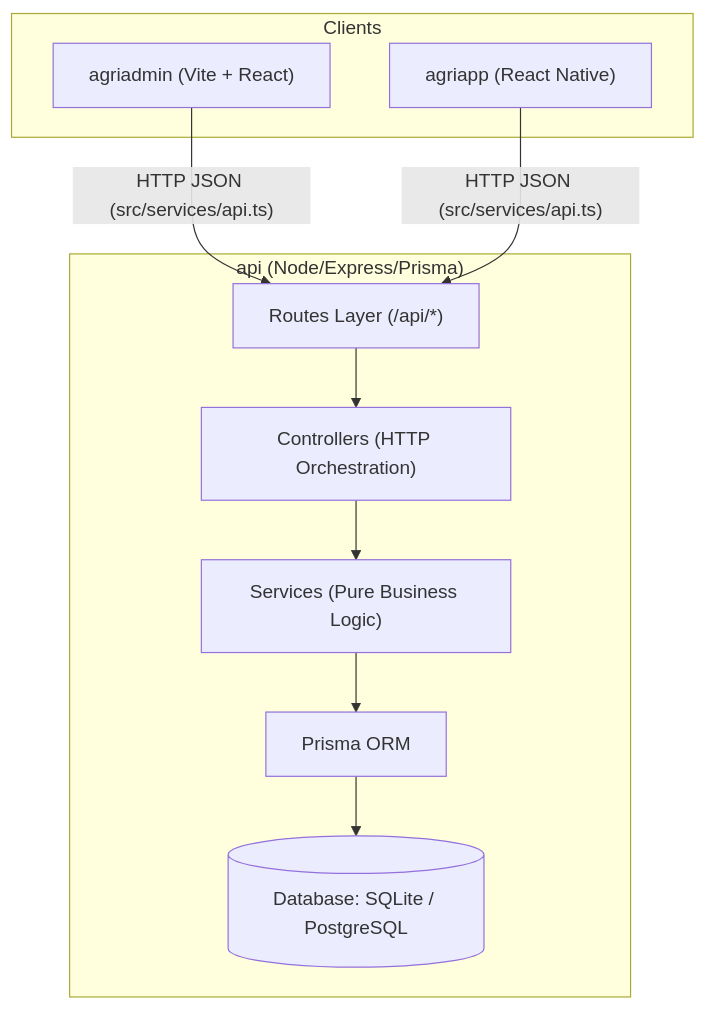
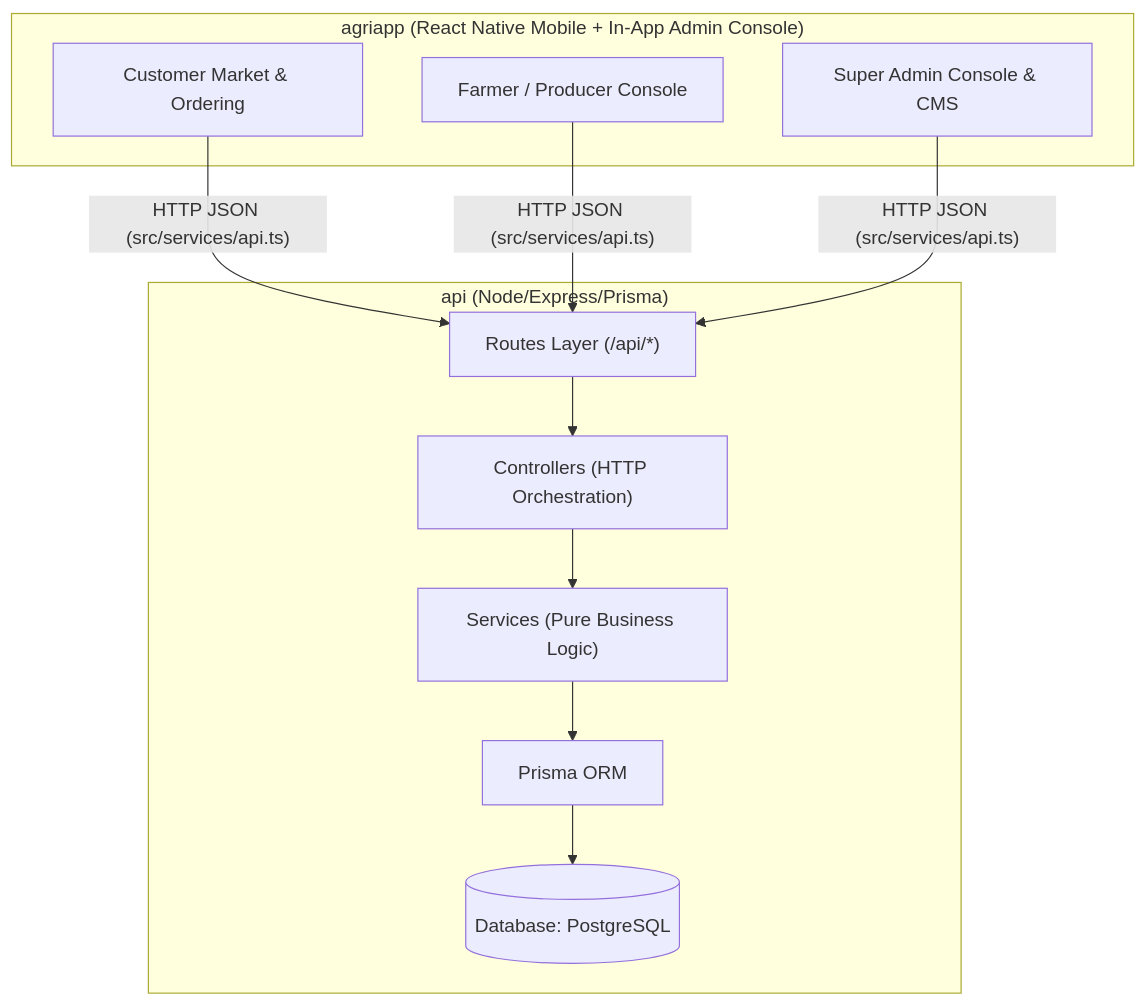
One commit to MadhumathiBalan-23/Organic-app changed the diagram in README.md. Above: the diagram before and after it, drawn with Mermaid. The commit also changed other lines of this file and 51 other files, not shown here.

Commit message:
feat: add React Native application components, screens, and services for the organic store app

````diff
--- a/README.md
+++ b/README.md
@@ -18,23 +17,25 @@
 ```mermaid
 graph TD
-    subgraph Clients
-        Admin["agriadmin (Vite + React)"]
-        Mobile["agriapp (React Native)"]
+    subgraph Client ["agriapp (React Native Mobile + In-App Admin Console)"]
+        Customer["Customer Market & Ordering"]
+        Vendor["Farmer / Producer Console"]
+        Admin["Super Admin Console & CMS"]
     end
 
     subgraph Backend ["api (Node/Express/Prisma)"]
         Routes["Routes Layer (/api/*)"]
         Controllers["Controllers (HTTP Orchestration)"]
         Services["Services (Pure Business Logic)"]
         Prisma["Prisma ORM"]
-        DB[(Database: SQLite / PostgreSQL)]
+        DB[(Database: PostgreSQL)]
     end
 
+    Customer -->|"HTTP JSON (src/services/api.ts)"| Routes
+    Vendor -->|"HTTP JSON (src/services/api.ts)"| Routes
     Admin -->|"HTTP JSON (src/services/api.ts)"| Routes
-    Mobile -->|"HTTP JSON (src/services/api.ts)"| Routes
 
     Routes --> Controllers
     Controllers --> Services
     Services --> Prisma
     Prisma --> DB
 ```
````
